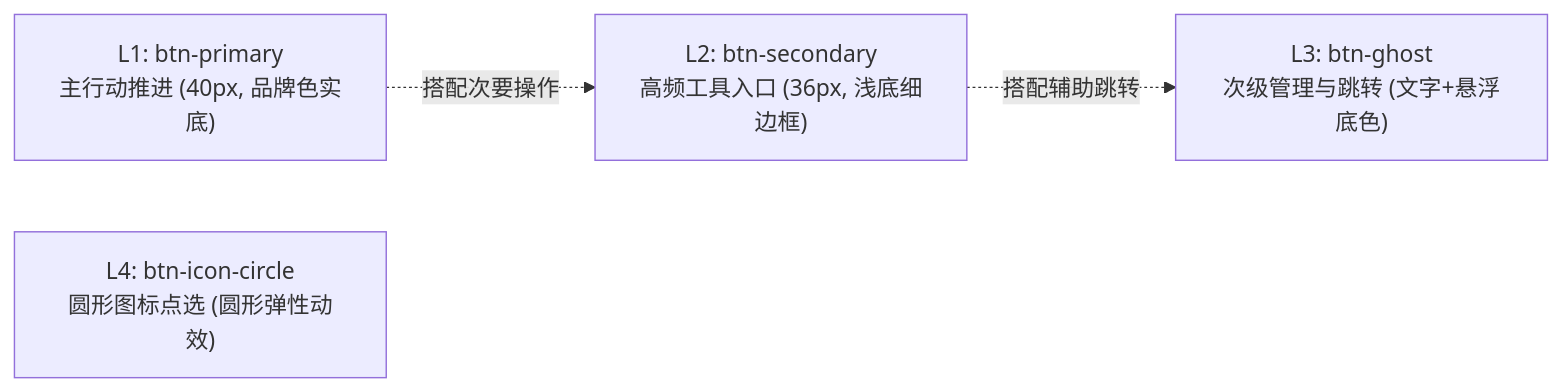
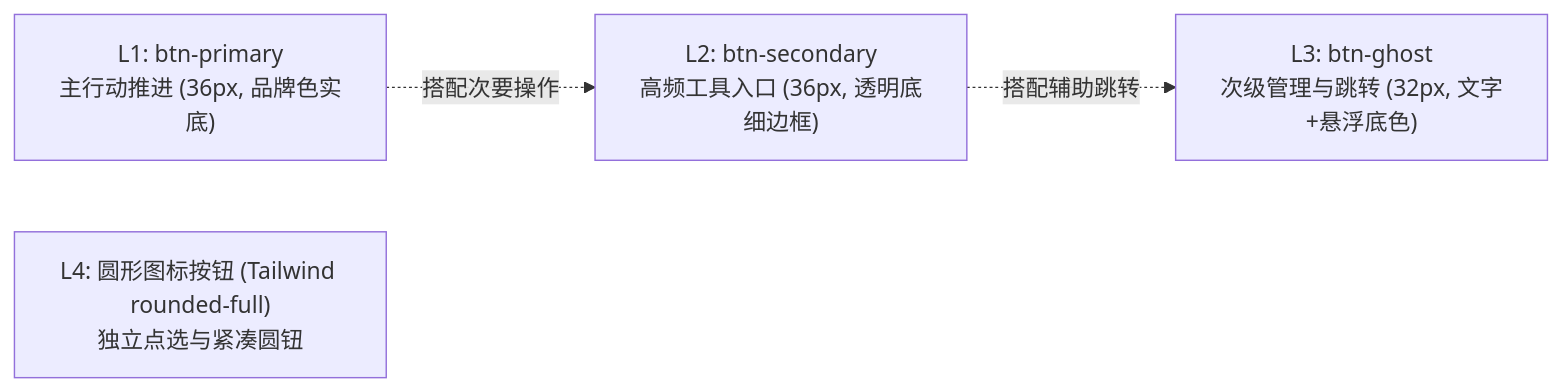
One commit to gripet43/anki-studio changed the first of 2 diagrams in docs/DESIGN_AND_DEV_GUIDELINES.md. Above: the diagram before and after it, drawn with Mermaid. The commit also changed other lines of this file and 93 other files, not shown here.

````diff
--- a/docs/DESIGN_AND_DEV_GUIDELINES.md
+++ b/docs/DESIGN_AND_DEV_GUIDELINES.md
@@ -85,10 +102,10 @@
 ```mermaid
 flowchart LR
-  L1["L1: btn-primary<br>主行动推进 (40px, 品牌色实底)"]
-  L2["L2: btn-secondary<br>高频工具入口 (36px, 浅底细边框)"]
-  L3["L3: btn-ghost<br>次级管理与跳转 (文字+悬浮底色)"]
-  L4["L4: btn-icon-circle<br>圆形图标点选 (圆形弹性动效)"]
+  L1["L1: btn-primary<br>主行动推进 (36px, 品牌色实底)"]
+  L2["L2: btn-secondary<br>高频工具入口 (36px, 透明底细边框)"]
+  L3["L3: btn-ghost<br>次级管理与跳转 (32px, 文字+悬浮底色)"]
+  L4["L4: 圆形图标按钮 (Tailwind rounded-full)<br>独立点选与紧凑圆钮"]
 
   L1 -.->|搭配次要操作| L2
   L2 -.->|搭配辅助跳转| L3
 ```
````
